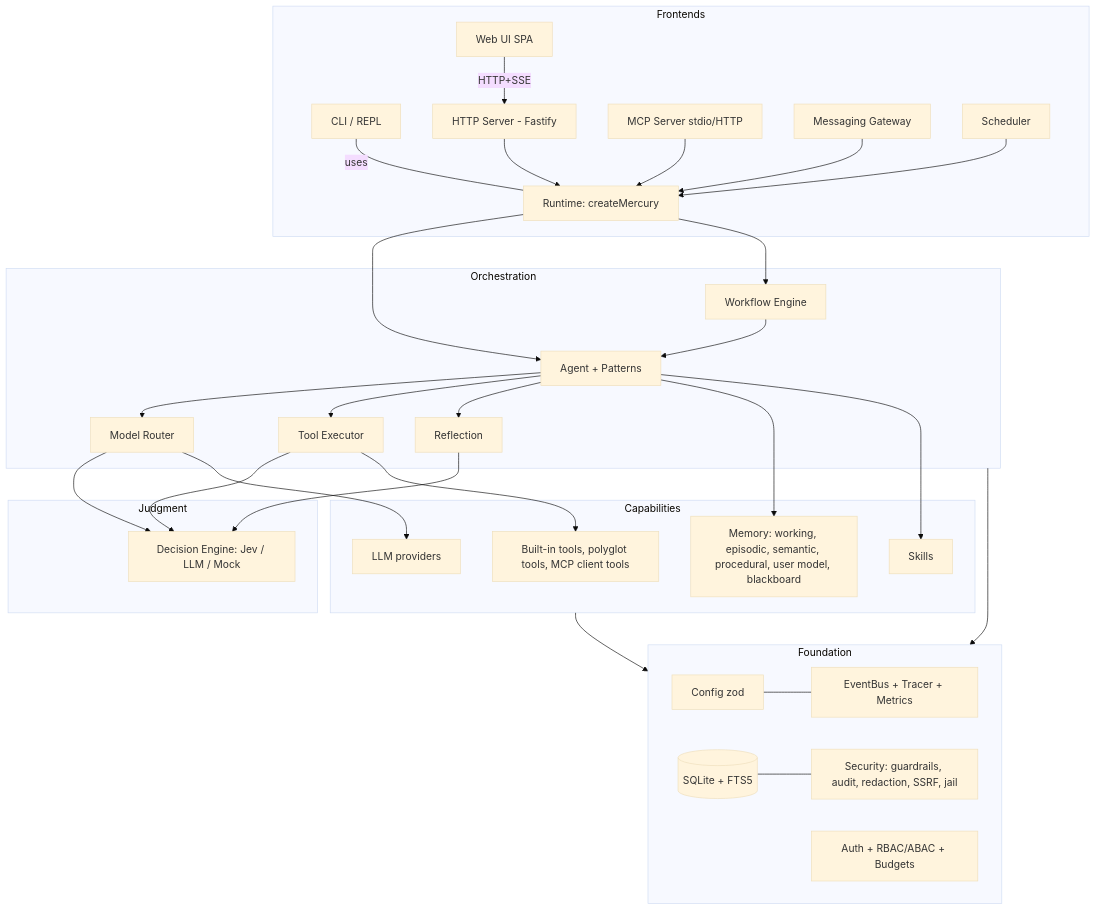
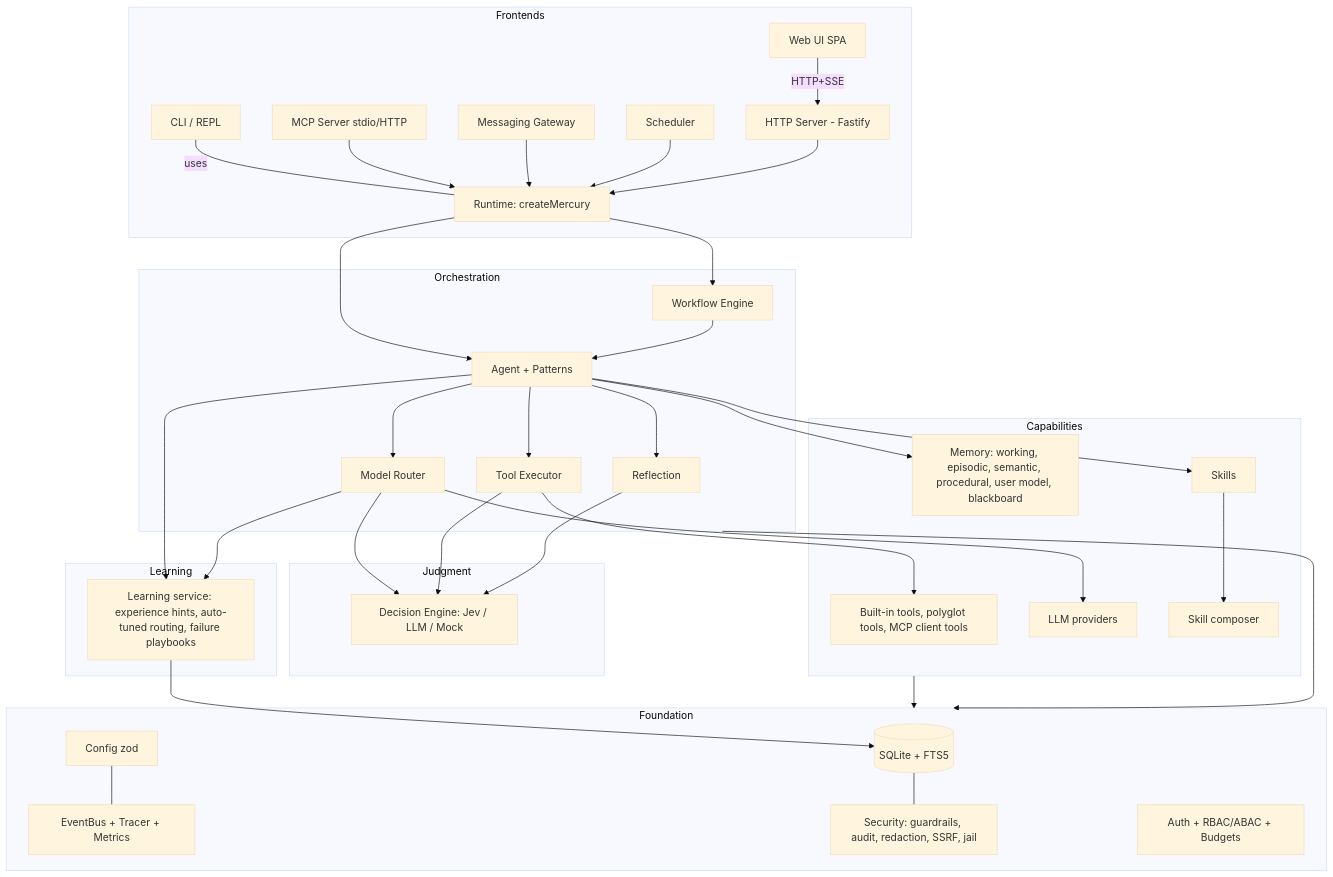
The first of 2 diagrams in docs/ARCHITECTURE.md (ms1963/mercury_agent), drawn with Mermaid (base theme) before and after one commit. The commit also changed other lines of this file and 3 other files, not shown here.

Commit message:
docs: expand reference docs for 1.1.1 (learning, skill composition, MCP presets, web_read, planner-executor)

````diff
--- a/docs/ARCHITECTURE.md
+++ b/docs/ARCHITECTURE.md
@@ -31,38 +31,45 @@
 ```mermaid
 flowchart TB
   subgraph Frontends
     CLI[CLI / REPL] ---|uses| RT
     WEB[Web UI SPA] -->|HTTP+SSE| SRV[HTTP Server - Fastify]
     MCPS[MCP Server stdio/HTTP] --> RT
     GW[Messaging Gateway] --> RT
     SCH[Scheduler] --> RT
   end
   SRV --> RT[Runtime: createMercury]
   subgraph Orchestration
     RT --> AG[Agent + Patterns]
     RT --> WF[Workflow Engine]
     WF --> AG
     AG --> RTR[Model Router]
     AG --> TX[Tool Executor]
     AG --> REF[Reflection]
   end
   subgraph Judgment
     DEC[Decision Engine: Jev / LLM / Mock]
   end
   RTR --> DEC
   TX --> DEC
   REF --> DEC
   subgraph Capabilities
     TX --> TOOLS[Built-in tools, polyglot tools, MCP client tools]
     AG --> MEM[Memory: working, episodic, semantic, procedural, user model, blackboard]
     AG --> SK[Skills]
     RTR --> LLM[LLM providers]
+    SK --> COMP[Skill composer]
   end
+  subgraph Learning
+    LRN[Learning service: experience hints, auto-tuned routing, failure playbooks]
+  end
+  AG --> LRN
+  RTR --> LRN
+  LRN --> DB
   subgraph Foundation
     CFG[Config zod] --- BUS[EventBus + Tracer + Metrics]
     DB[(SQLite + FTS5)] --- SEC[Security: guardrails, audit, redaction, SSRF, jail]
     AUTH[Auth + RBAC/ABAC + Budgets]
   end
   Capabilities --> Foundation
   Orchestration --> Foundation
 ```
````
